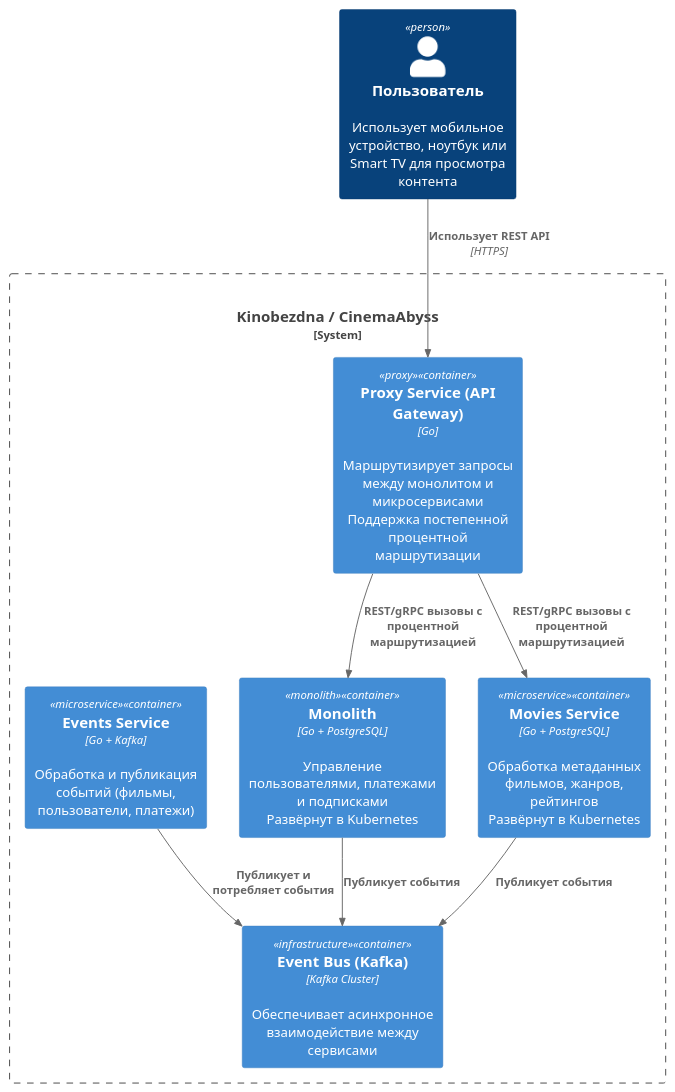
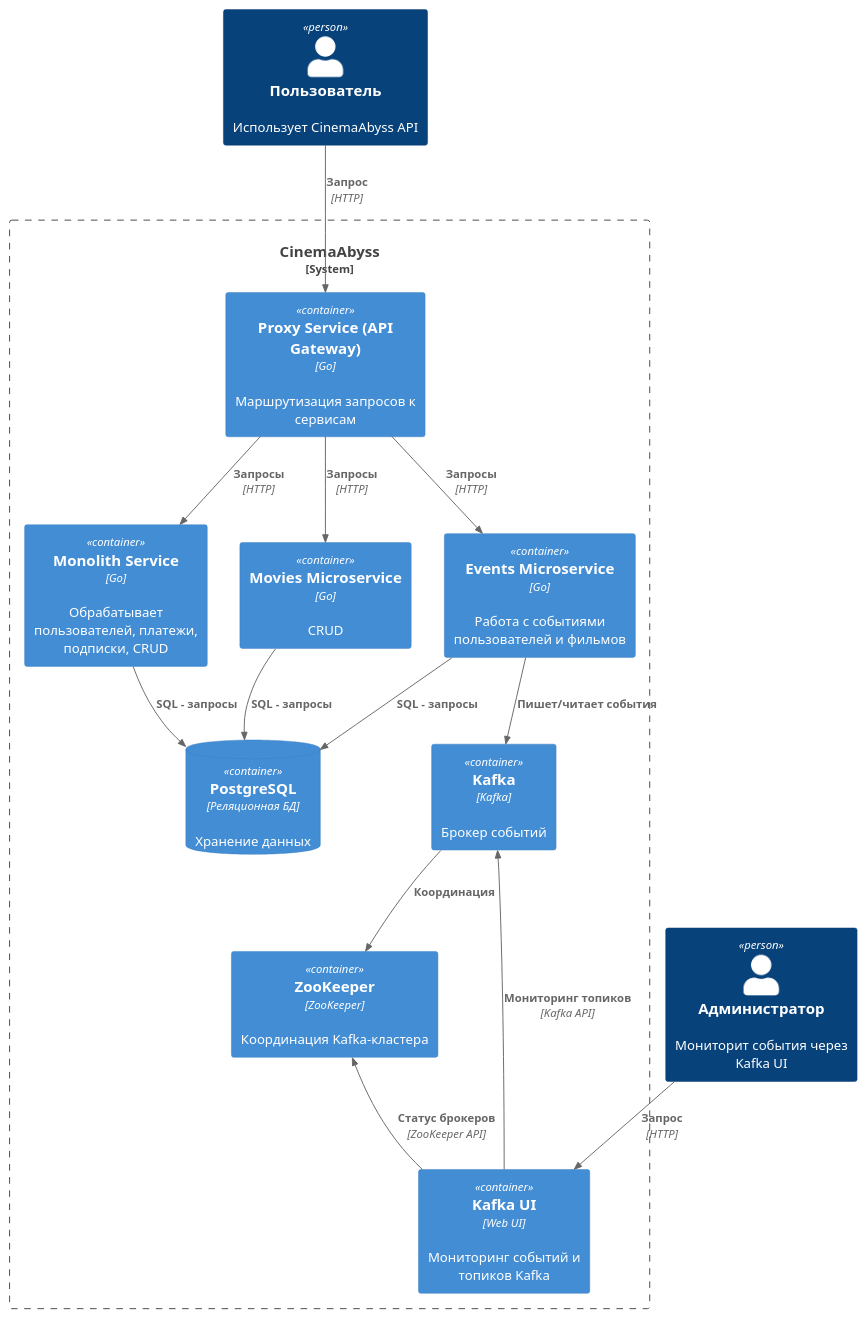
The diagram in diagrams/containers.puml (Blyabtroi/architecture-cinemaabyss), drawn with PlantUML before and after one commit.

Commit message:
container new

```diff
--- a/diagrams/containers.puml
+++ b/diagrams/containers.puml
@@ -1,43 +1,34 @@
 @startuml
-!include <C4/C4_Container>
-!include <C4/C4_Context.puml>
-!include <C4/C4_Container.puml>
-!include <C4/C4_Component.puml>
-!include <C4/C4.puml>
-!include https://raw.githubusercontent.com/plantuml-stdlib/C4-PlantUML/master/C4_Context.puml
+!includeurl https://raw.githubusercontent.com/plantuml-stdlib/C4-PlantUML/master/C4_Container.puml
 
-' Актор — конечный пользователь
-Person(user, "Пользователь", "Использует мобильное устройство, ноутбук или Smart TV для просмотра контента")
+Person(user, "Пользователь", "Использует CinemaAbyss API")
+Person(admin, "Администратор", "Мониторит события через Kafka UI")
 
-' Граница системы CinemaAbyss
-System_Boundary(cinemaAbyss, "Kinobezdna / CinemaAbyss") {
-
-    ' Proxy-сервис - единственная точка входа (фасад)
-    Container(proxy_service, "Proxy Service (API Gateway)", "Go", "Маршрутизирует запросы между монолитом и микросервисами\nПоддержка постепенной процентной маршрутизации", $tags="proxy")
-
-    ' Монолит с оставшимися функциями
-    Container(monolith, "Monolith", "Go + PostgreSQL", "Управление пользователями, платежами и подписками\nРазвёрнут в Kubernetes", $tags="monolith")
-
-    ' Извлечённый микросервис Movies - метаданные фильмов и рейтинги
-    Container(movies_service, "Movies Service", "Go + PostgreSQL", "Обработка метаданных фильмов, жанров, рейтингов\nРазвёрнут в Kubernetes", $tags="microservice")
-
-    ' Сервис событий для коммуникации через Kafka
-    Container(events_service, "Events Service", "Go + Kafka", "Обработка и публикация событий (фильмы, пользователи, платежи)", $tags="microservice")
-
-    ' Kafka как Event Bus
-    Container(kafka, "Event Bus (Kafka)", "Kafka Cluster", "Обеспечивает асинхронное взаимодействие между сервисами", $tags="infrastructure")
+System_Boundary(s1, "CinemaAbyss") {
+  Container(proxy, "Proxy Service (API Gateway)", "Go", "Маршрутизация запросов к сервисам")
+  Container(monolith, "Monolith Service", "Go", "Обрабатывает пользователей, платежи, подписки, CRUD")
+  Container(movies, "Movies Microservice", "Go", "CRUD")
+  Container(events, "Events Microservice", "Go", "Работа с событиями пользователей и фильмов")
+  ContainerDb(db, "PostgreSQL", "Реляционная БД", "Хранение данных")
+  Container(kafka, "Kafka", "Kafka", "Брокер событий")
+  Container(zoo, "ZooKeeper", "ZooKeeper", "Координация Kafka-кластера")
+  Container(kafkaui, "Kafka UI", "Web UI", "Мониторинг событий и топиков Kafka")
 }
 
-' Пользователь обращается к Proxy API Gateway
-Rel(user, proxy_service, "Использует REST API", "HTTPS")
+Rel(user, proxy, "Запрос", "HTTP")
+Rel(admin, kafkaui, "Запрос", "HTTP")
 
-' Proxy маршрутирует запросы на монолит и микросервисы с поддержкой Strangler Fig
-Rel(proxy_service, monolith, "REST/gRPC вызовы с процентной маршрутизацией")
-Rel(proxy_service, movies_service, "REST/gRPC вызовы с процентной маршрутизацией")
+Rel(proxy, monolith, "Запросы", "HTTP")
+Rel(proxy, movies, "Запросы", "HTTP")
+Rel(proxy, events, "Запросы", "HTTP")
 
-' Микросервисы публикуют и получают события через Kafka
-Rel(monolith, kafka, "Публикует события")
-Rel(movies_service, kafka, "Публикует события")
-Rel(events_service, kafka, "Публикует и потребляет события")
+Rel(monolith, db, "SQL - запросы")
+Rel(movies, db, "SQL - запросы")
+Rel(events, db, "SQL - запросы")
+
+Rel(events, kafka, "Пишет/читает события")
+Rel(kafka, zoo, "Координация")
+Rel_U(kafkaui, kafka, "Мониторинг топиков", "Kafka API")
+Rel_U(kafkaui, zoo, "Статус брокеров", "ZooKeeper API")
 
 @enduml
```
